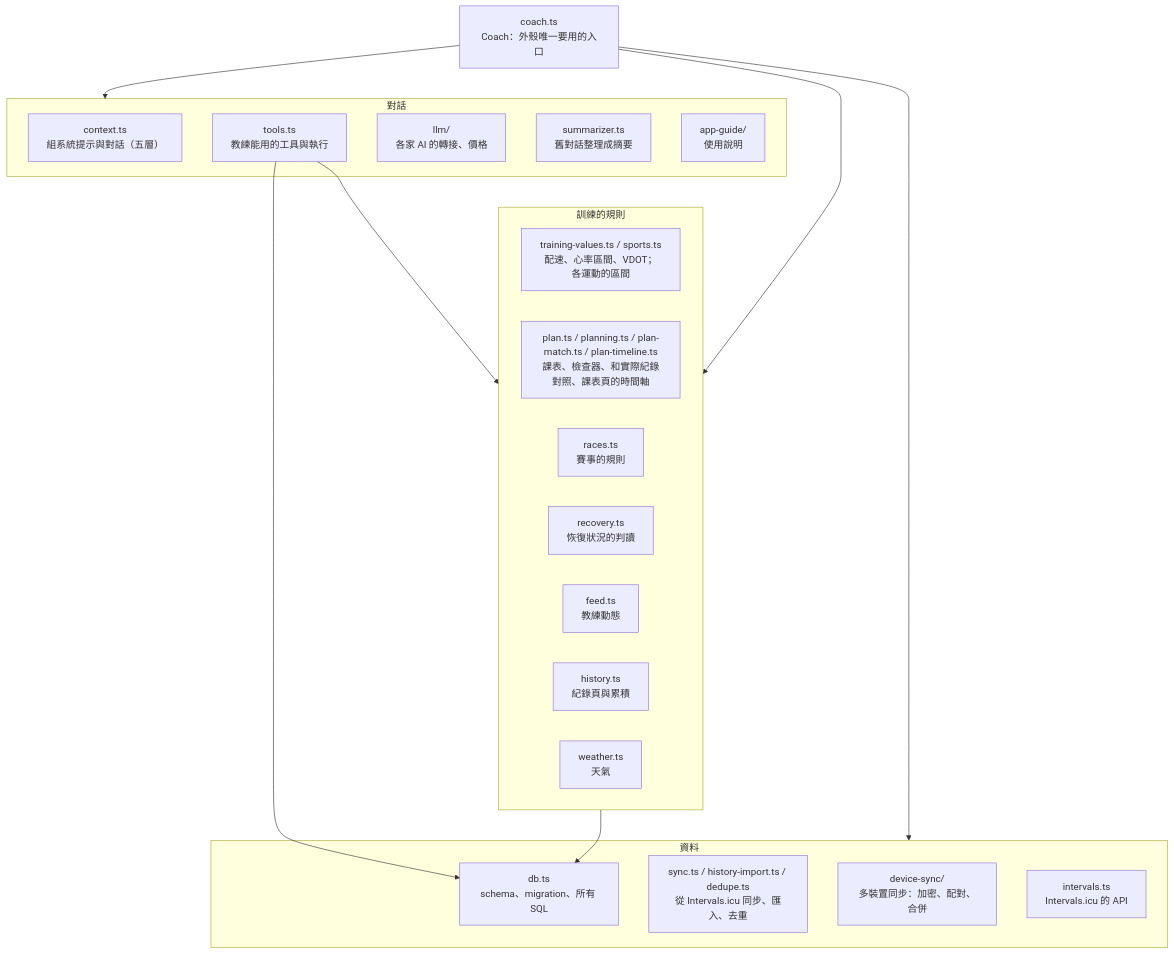
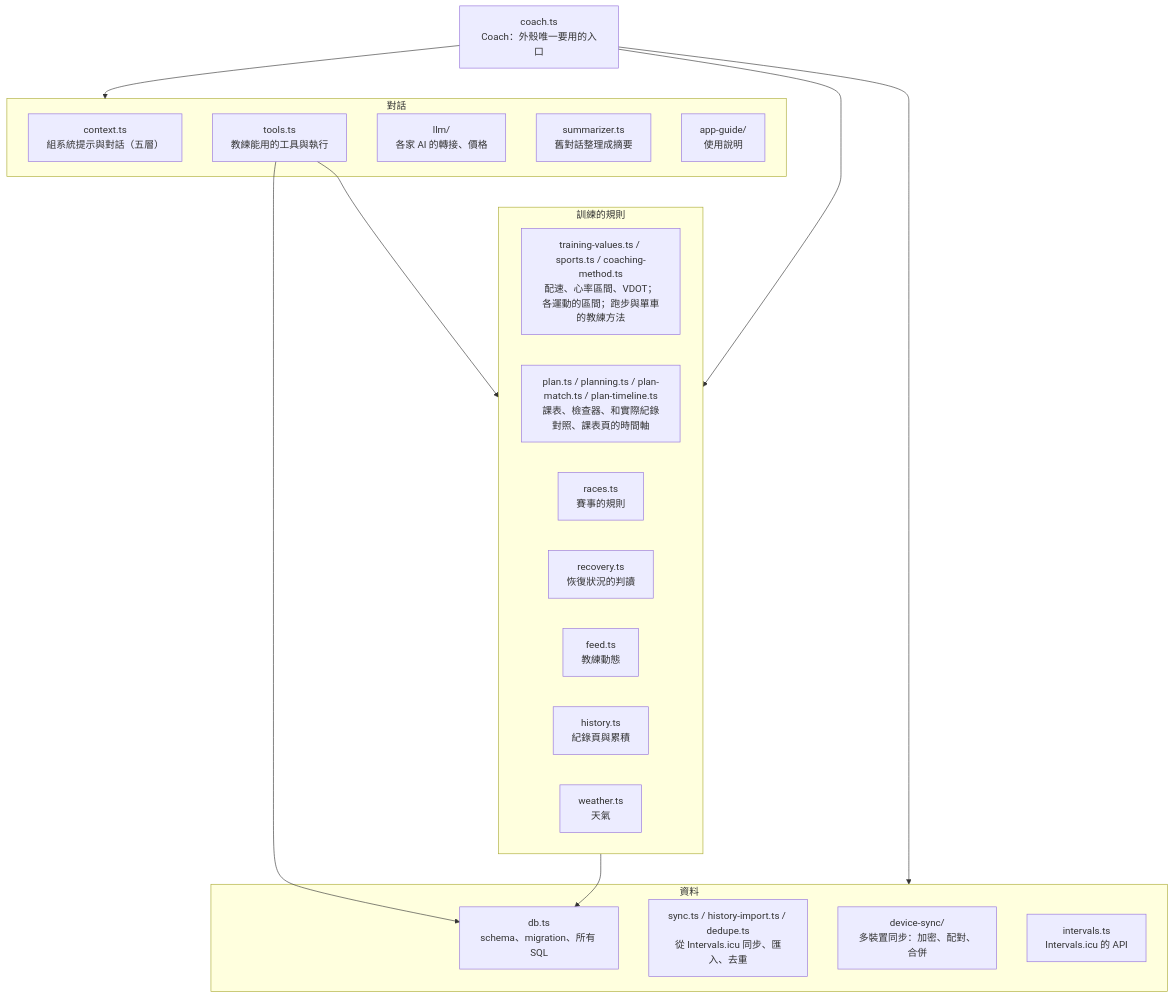
Before and after one commit to williampcs/RunningCoach: the second of 4 diagrams in doc/architecture.md, drawn with Mermaid. The commit also changed other lines of this file and 45 other files, not shown here.

First line of the commit message:
Cycling: coaching method, ride sessions, records and races (behind the multisport flag)

````diff
--- a/doc/architecture.md
+++ b/doc/architecture.md
@@ -83,32 +83,32 @@
 ```mermaid
 flowchart TB
   coach["coach.ts<br/>Coach：外殼唯一要用的入口"]
   subgraph talk["對話"]
     context["context.ts<br/>組系統提示與對話（五層）"]
     tools["tools.ts<br/>教練能用的工具與執行"]
     llm["llm/<br/>各家 AI 的轉接、價格"]
     summarizer["summarizer.ts<br/>舊對話整理成摘要"]
     guide["app-guide/<br/>使用說明"]
   end
   subgraph domain["訓練的規則"]
-    tv["training-values.ts / sports.ts<br/>配速、心率區間、VDOT；各運動的區間"]
+    tv["training-values.ts / sports.ts / coaching-method.ts<br/>配速、心率區間、VDOT；各運動的區間；跑步與單車的教練方法"]
     plan["plan.ts / planning.ts / plan-match.ts / plan-timeline.ts<br/>課表、檢查器、和實際紀錄對照、課表頁的時間軸"]
     races["races.ts<br/>賽事的規則"]
     recovery["recovery.ts<br/>恢復狀況的判讀"]
     feed["feed.ts<br/>教練動態"]
     history["history.ts<br/>紀錄頁與累積"]
     weather["weather.ts<br/>天氣"]
   end
   subgraph data["資料"]
     db["db.ts<br/>schema、migration、所有 SQL"]
     sync["sync.ts / history-import.ts / dedupe.ts<br/>從 Intervals.icu 同步、匯入、去重"]
     ds["device-sync/<br/>多裝置同步：加密、配對、合併"]
     icu["intervals.ts<br/>Intervals.icu 的 API"]
   end
   coach --> talk
   coach --> domain
   coach --> data
   tools --> domain
   tools --> db
   domain --> db
 ```
````
